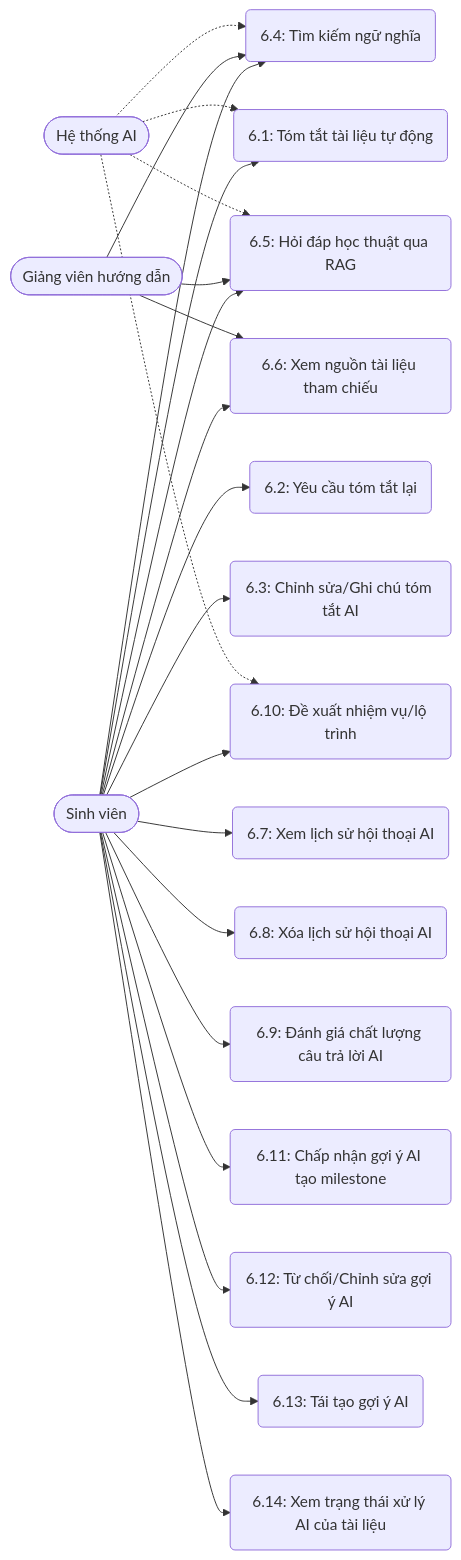
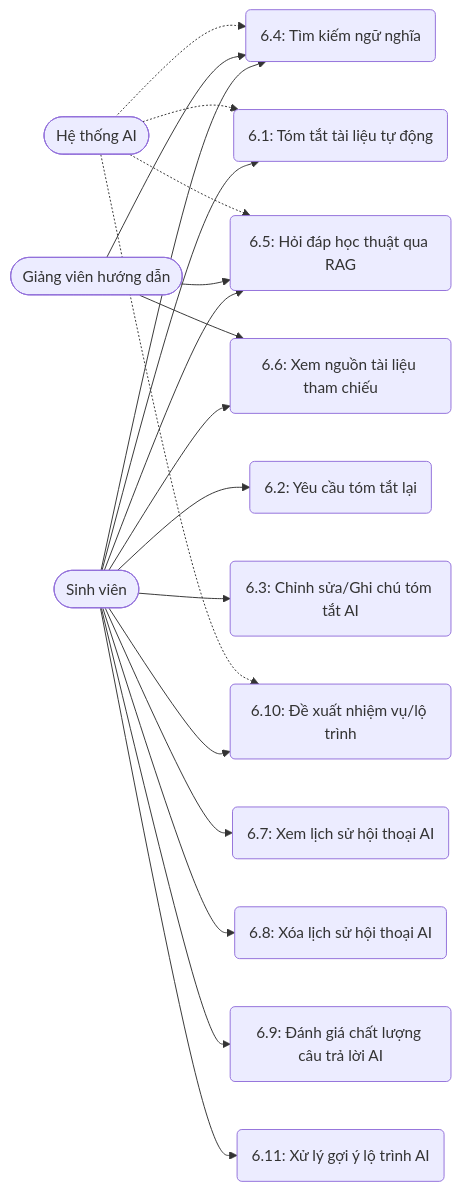
Before and after one commit to DinhKhoa/NovaThesis: the diagram in Tài liệu dự án/06_UC_AI.md, drawn with Mermaid. The commit also changed other lines of this file and 10 other files, not shown here.

````diff
--- a/Tài liệu dự án/06_UC_AI.md
+++ b/Tài liệu dự án/06_UC_AI.md
@@ -7,29 +7,26 @@
 ```mermaid
 graph LR
     SV([Sinh viên])
     GV([Giảng viên hướng dẫn])
     AI([Hệ thống AI])
     
     SV --> UC6_1(6.1: Tóm tắt tài liệu tự động)
     SV --> UC6_2(6.2: Yêu cầu tóm tắt lại)
     SV --> UC6_3(6.3: Chỉnh sửa/Ghi chú tóm tắt AI)
     SV --> UC6_4(6.4: Tìm kiếm ngữ nghĩa)
     GV --> UC6_4
     SV --> UC6_5(6.5: Hỏi đáp học thuật qua RAG)
     GV --> UC6_5
     SV --> UC6_6(6.6: Xem nguồn tài liệu tham chiếu)
     GV --> UC6_6
     SV --> UC6_7(6.7: Xem lịch sử hội thoại AI)
     SV --> UC6_8(6.8: Xóa lịch sử hội thoại AI)
     SV --> UC6_9(6.9: Đánh giá chất lượng câu trả lời AI)
     SV --> UC6_10(6.10: Đề xuất nhiệm vụ/lộ trình)
-    SV --> UC6_11(6.11: Chấp nhận gợi ý AI tạo milestone)
-    SV --> UC6_12(6.12: Từ chối/Chỉnh sửa gợi ý AI)
-    SV --> UC6_13(6.13: Tái tạo gợi ý AI)
-    SV --> UC6_14(6.14: Xem trạng thái xử lý AI của tài liệu)
+    SV --> UC6_11(6.11: Xử lý gợi ý lộ trình AI)
     
     AI -.-> UC6_1
     AI -.-> UC6_4
     AI -.-> UC6_5
     AI -.-> UC6_10
 ```
````
